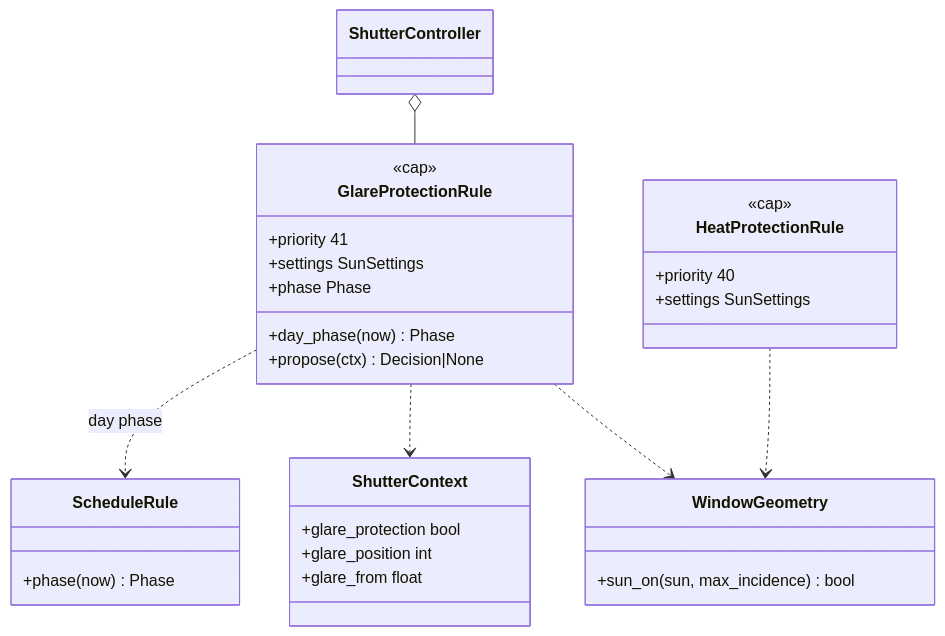
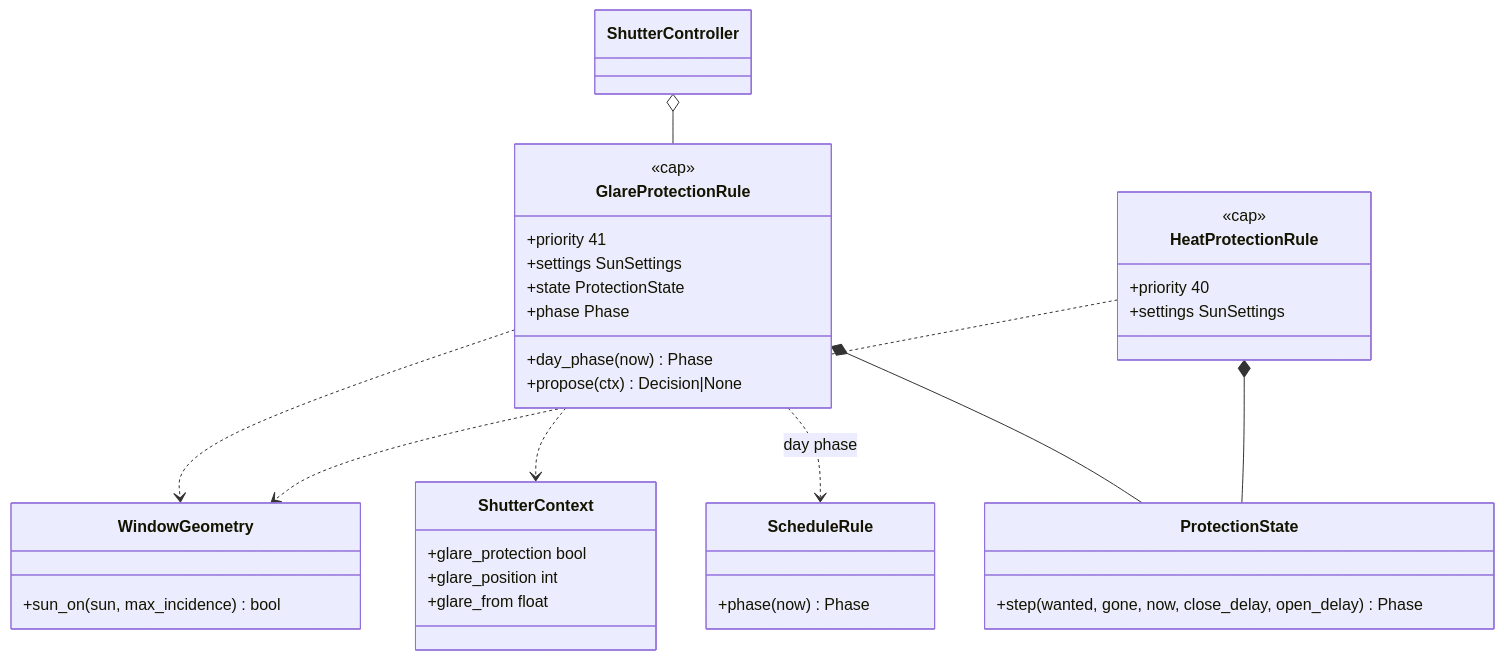
Diagram 24 of 43 in docs/architecture.md (abroeders/smart-shutter-control), drawn with Mermaid before and after one commit. The commit also changed other lines of this file and 18 other files, not shown here.

````diff
--- a/docs/architecture.md
+++ b/docs/architecture.md
@@ -901,32 +920,38 @@
 ```mermaid
 classDiagram
     class GlareProtectionRule {
         <<cap>>
         +priority 41
         +settings SunSettings
         +day_phase(now) Phase
+        +state ProtectionState
         +phase Phase
         +propose(ctx) Decision|None
+    }
+    class ProtectionState {
+        +step(wanted, gone, now, close_delay, open_delay) Phase
     }
     class HeatProtectionRule {
         <<cap>>
         +priority 40
         +settings SunSettings
     }
     class WindowGeometry {
         +sun_on(sun, max_incidence) bool
     }
     class ShutterContext {
         +glare_protection bool
         +glare_position int
         +glare_from float
     }
     class ScheduleRule {
         +phase(now) Phase
     }
     GlareProtectionRule ..> WindowGeometry
     HeatProtectionRule ..> WindowGeometry
     GlareProtectionRule ..> ShutterContext
     GlareProtectionRule ..> ScheduleRule : day phase
+    GlareProtectionRule *-- ProtectionState
+    HeatProtectionRule *-- ProtectionState
     ShutterController o-- GlareProtectionRule
 ```
````
